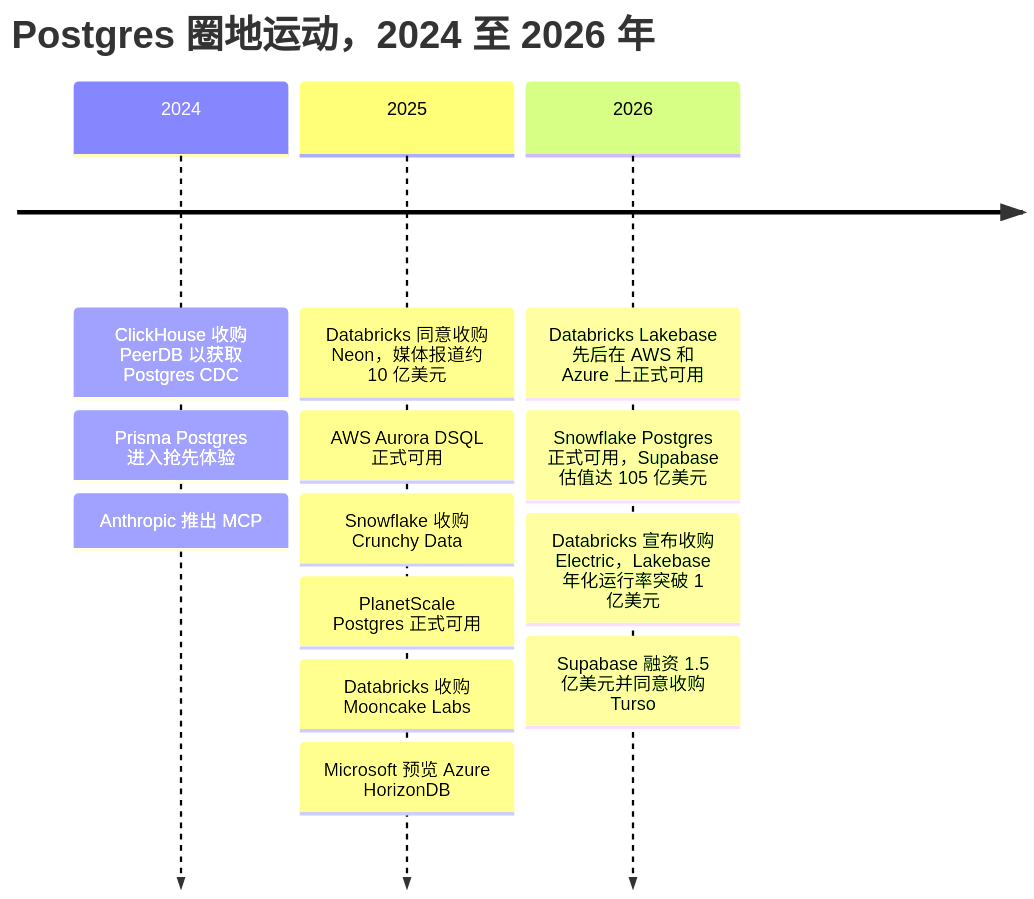
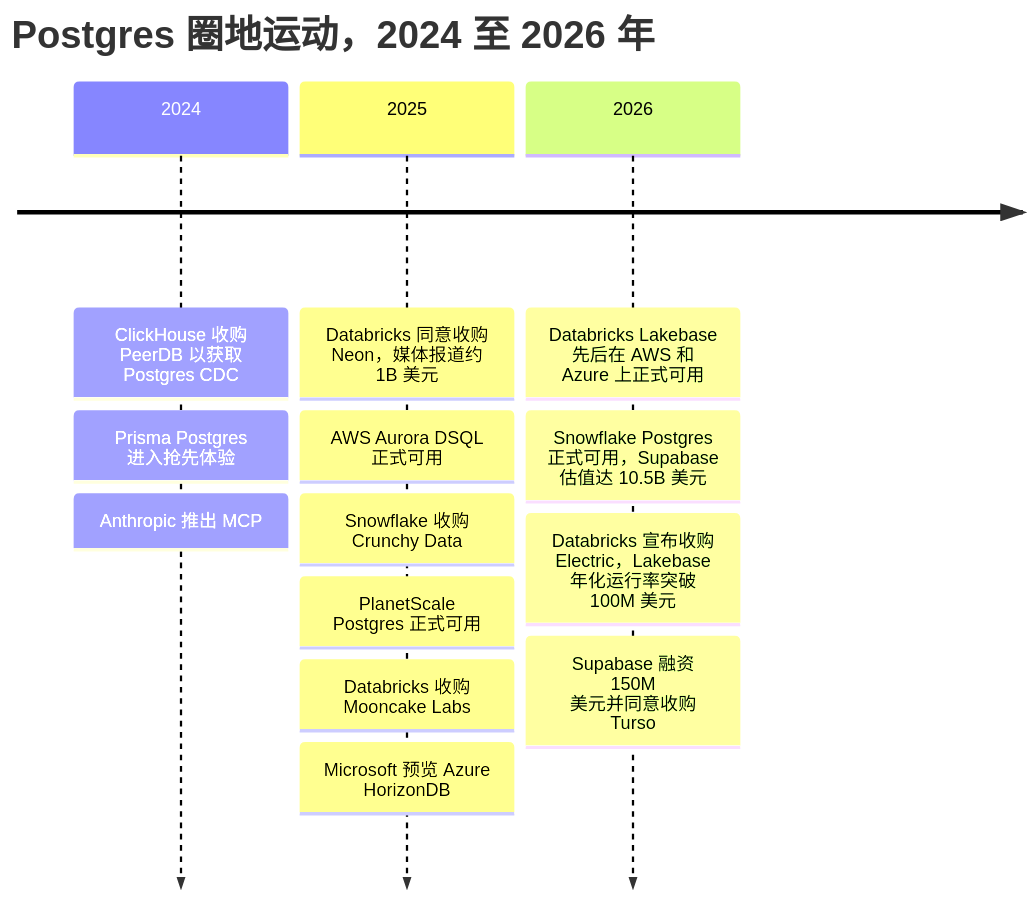
The fourth of 4 diagrams in Chinese translation/docs/03-ai-data-stack/ch22-agents-and-data.md (FrankHuang94/data_tech_db_claude), drawn with Mermaid before and after one commit. The commit also changed other lines of this file and 9 other files, not shown here.

````diff
--- a/Chinese translation/docs/03-ai-data-stack/ch22-agents-and-data.md
+++ b/Chinese translation/docs/03-ai-data-stack/ch22-agents-and-data.md
@@ -258,17 +258,17 @@
 ```mermaid
 timeline
   title Postgres 圈地运动，2024 至 2026 年
   2024 : ClickHouse 收购 PeerDB 以获取 Postgres CDC
        : Prisma Postgres 进入抢先体验
        : Anthropic 推出 MCP
-  2025 : Databricks 同意收购 Neon，媒体报道约 10 亿美元
+  2025 : Databricks 同意收购 Neon，媒体报道约 1B 美元
        : AWS Aurora DSQL 正式可用
        : Snowflake 收购 Crunchy Data
        : PlanetScale Postgres 正式可用
        : Databricks 收购 Mooncake Labs
        : Microsoft 预览 Azure HorizonDB
   2026 : Databricks Lakebase 先后在 AWS 和 Azure 上正式可用
-       : Snowflake Postgres 正式可用，Supabase 估值达 105 亿美元
-       : Databricks 宣布收购 Electric，Lakebase 年化运行率突破 1 亿美元
-       : Supabase 融资 1.5 亿美元并同意收购 Turso
+       : Snowflake Postgres 正式可用，Supabase 估值达 10.5B 美元
+       : Databricks 宣布收购 Electric，Lakebase 年化运行率突破 100M 美元
+       : Supabase 融资 150M 美元并同意收购 Turso
 ```
````
